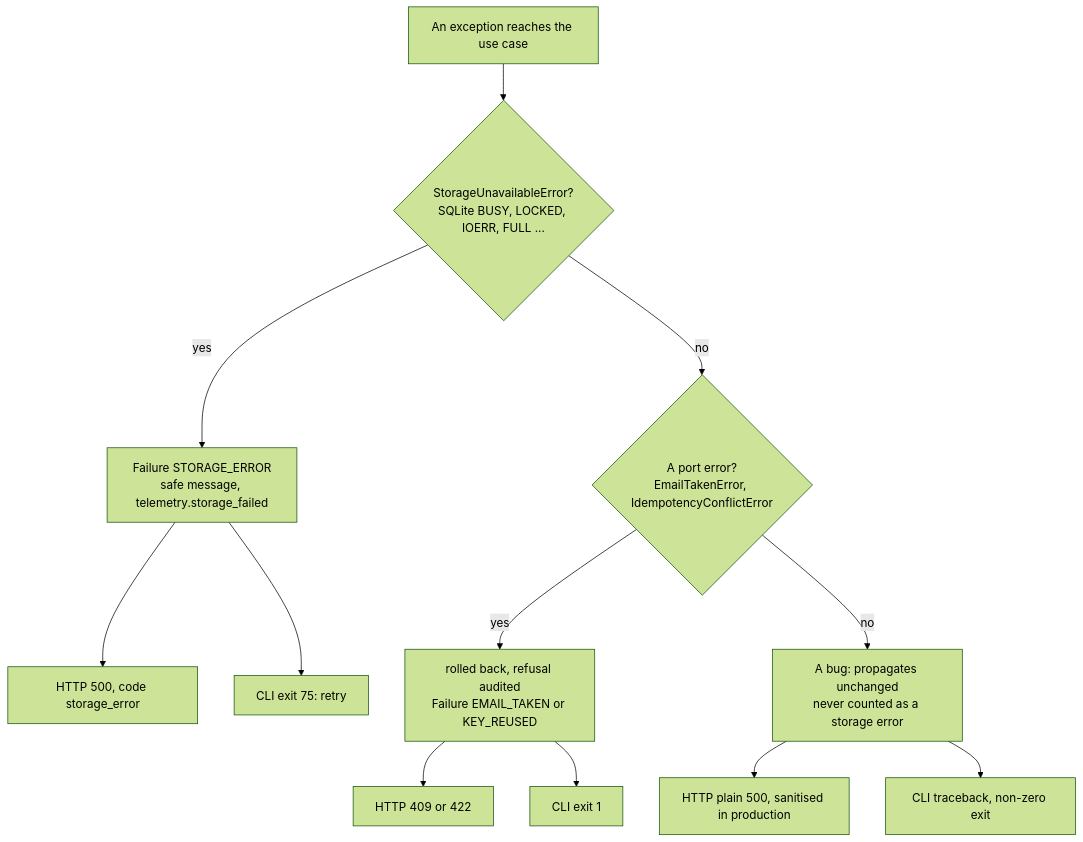
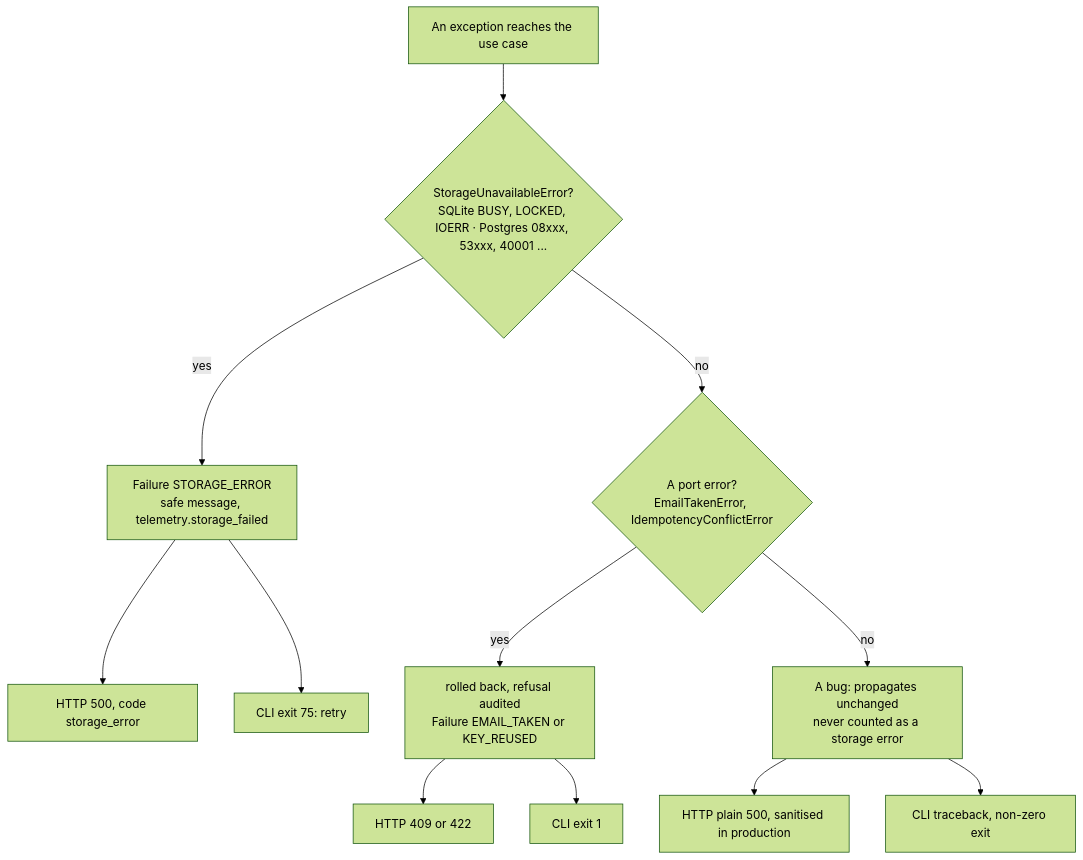
One commit to ashforge-rs/blitz changed the sixth of 6 diagrams in examples/todo/README.md. Above: the diagram before and after it, drawn with Mermaid (forest theme). The commit also changed other lines of this file and 67 other files, not shown here.

````diff
--- a/examples/todo/README.md
+++ b/examples/todo/README.md
@@ -455,14 +471,14 @@
 ```mermaid
 flowchart TD
-    raised["An exception reaches the use case"] --> outage{"StorageUnavailableError?<br/>SQLite BUSY, LOCKED, IOERR, FULL ..."}
+    raised["An exception reaches the use case"] --> outage{"StorageUnavailableError?<br/>SQLite BUSY, LOCKED, IOERR · Postgres 08xxx, 53xxx, 40001 ..."}
     outage -- yes --> storage["Failure STORAGE_ERROR<br/>safe message, telemetry.storage_failed"]
     storage --> http500s["HTTP 500, code storage_error"]
     storage --> cli75["CLI exit 75: retry"]
     outage -- no --> known{"A port error?<br/>EmailTakenError, IdempotencyConflictError"}
     known -- yes --> rejected["rolled back, refusal audited<br/>Failure EMAIL_TAKEN or KEY_REUSED"]
     rejected --> http4xx["HTTP 409 or 422"]
     rejected --> cli1["CLI exit 1"]
     known -- no --> bug["A bug: propagates unchanged<br/>never counted as a storage error"]
     bug --> http500["HTTP plain 500, sanitised in production"]
     bug --> clitb["CLI traceback, non-zero exit"]
 ```
````
